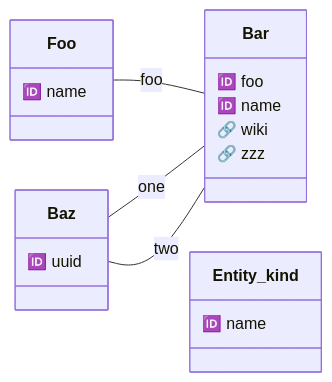
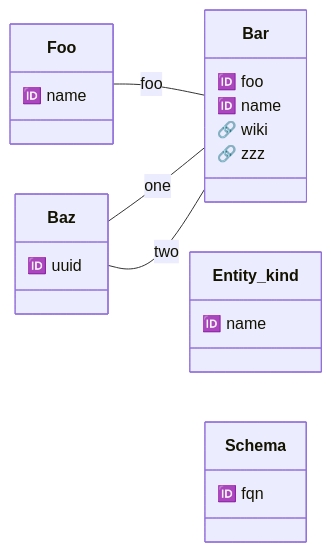
Before and after one commit to enola-dev/enola: the diagram in core/impl/src/test/resources/demo-model-docgen.md, drawn with Mermaid. The commit also changed other lines of this file and 13 other files, not shown here.

````diff
--- a/core/impl/src/test/resources/demo-model-docgen.md
+++ b/core/impl/src/test/resources/demo-model-docgen.md
@@ -3,26 +3,30 @@
 ``` mermaid
 classDiagram
   direction RL
   class Bar{
     🆔 foo
     🆔 name
     🔗 wiki
     🔗 zzz
   }
   link Bar "#demo.bar"
   Bar -- Foo : foo
   Bar -- Baz : one
   Bar -- Baz : two
   class Baz{
     🆔 uuid
   }
   link Baz "#demo.baz"
   class Foo{
     🆔 name
   }
   link Foo "#demo.foo"
   class Entity_kind{
     🆔 name
   }
   link Entity_kind "#enola.entity_kind"
+  class Schema{
+    🆔 fqn
+  }
+  link Schema "#enola.schema"
 ```
````
